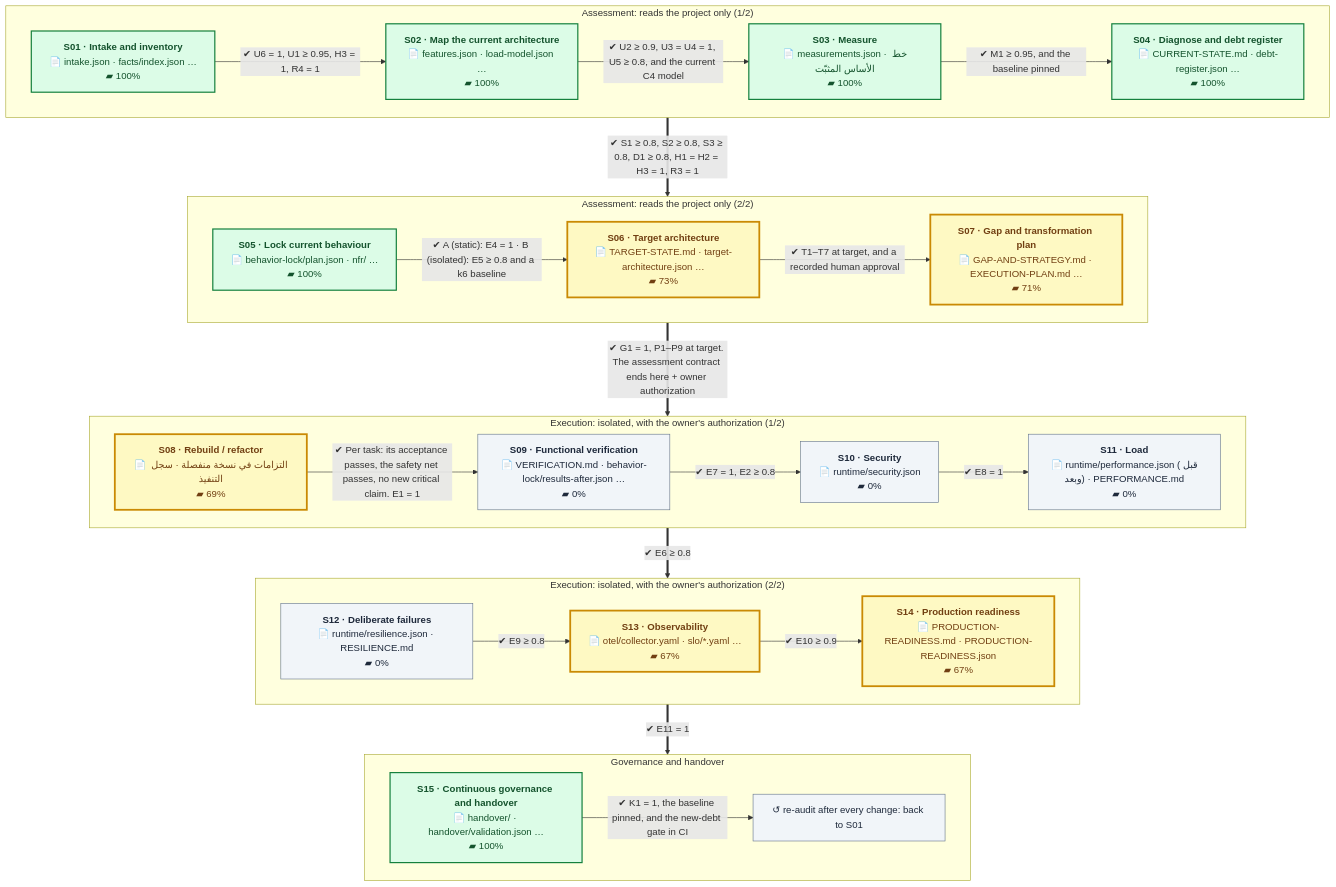
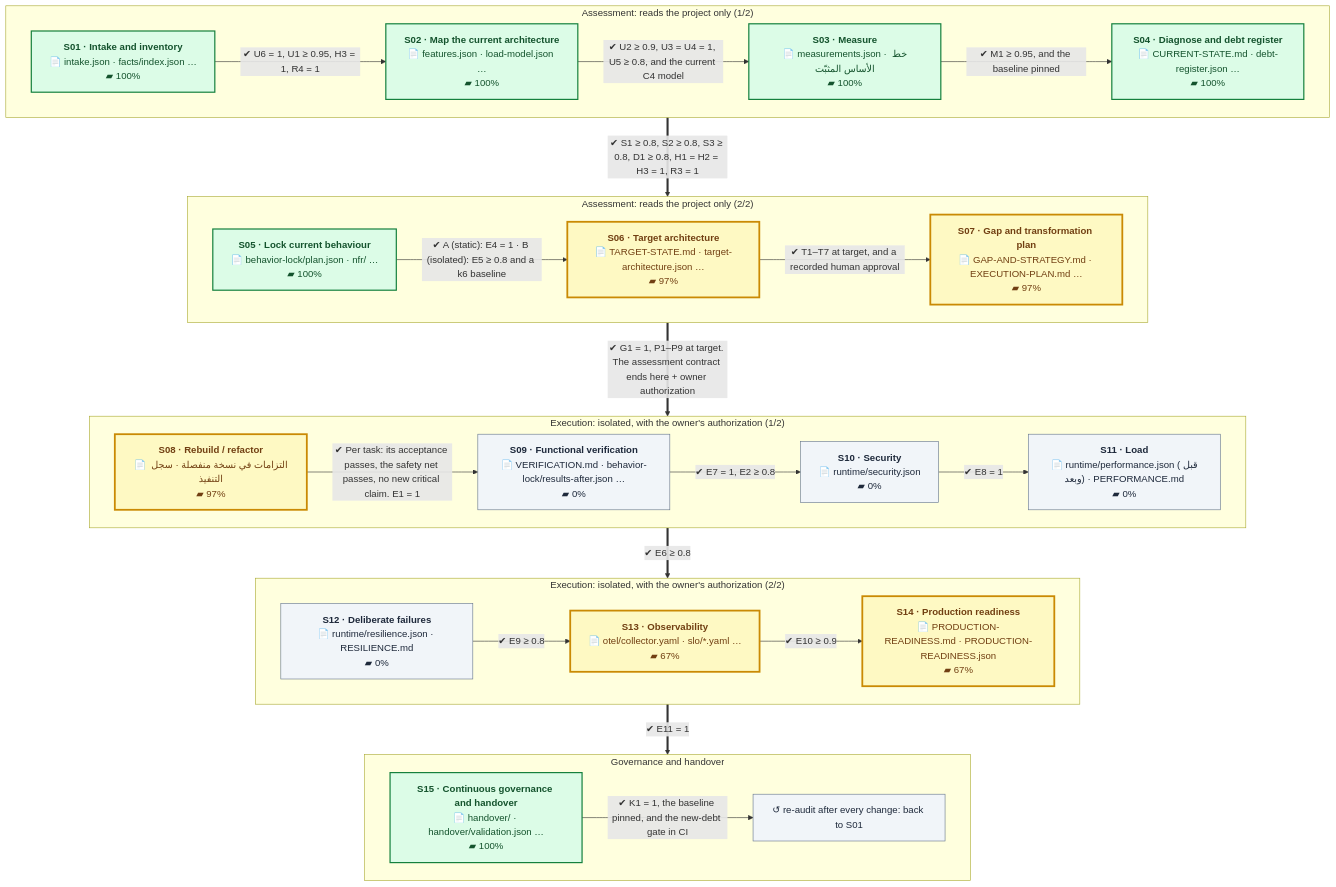
One commit to eom1417/engineering-audit-os changed the first of 2 diagrams in README.en.md. Above: the diagram before and after it, drawn with Mermaid. The commit also changed other lines of this file and 4 other files, not shown here.

````diff
--- a/README.en.md
+++ b/README.en.md
@@ -52,54 +52,54 @@
 ```mermaid
 %%{init: {'flowchart': {'wrappingWidth': 260, 'nodeSpacing': 40, 'rankSpacing': 60}}}%%
 flowchart TB
     subgraph P1["Assessment: reads the project only (1/2)"]
         direction LR
         S01["<b>S01 · Intake and inventory</b><br/>📄 intake.json · facts/index.json …<br/>▰ 100%"]:::done
         S02["<b>S02 · Map the current architecture</b><br/>📄 features.json · load-model.json …<br/>▰ 100%"]:::done
         S03["<b>S03 · Measure</b><br/>📄 measurements.json · خط الأساس المثبّت<br/>▰ 100%"]:::done
         S04["<b>S04 · Diagnose and debt register</b><br/>📄 CURRENT-STATE.md · debt-register.json …<br/>▰ 100%"]:::done
         S01 -->|"✔ U6 = 1, U1 ≥ 0.95, H3 = 1, R4 = 1"| S02
         S02 -->|"✔ U2 ≥ 0.9, U3 = U4 = 1, U5 ≥ 0.8, and the current C4 model"| S03
         S03 -->|"✔ M1 ≥ 0.95, and the baseline pinned"| S04
     end
     subgraph P2["Assessment: reads the project only (2/2)"]
         direction LR
         S05["<b>S05 · Lock current behaviour</b><br/>📄 behavior-lock/plan.json · nfr/ …<br/>▰ 100%"]:::done
-        S06["<b>S06 · Target architecture</b><br/>📄 TARGET-STATE.md · target-architecture.json …<br/>▰ 73%"]:::current
-        S07["<b>S07 · Gap and transformation plan</b><br/>📄 GAP-AND-STRATEGY.md · EXECUTION-PLAN.md …<br/>▰ 71%"]:::current
+        S06["<b>S06 · Target architecture</b><br/>📄 TARGET-STATE.md · target-architecture.json …<br/>▰ 97%"]:::current
+        S07["<b>S07 · Gap and transformation plan</b><br/>📄 GAP-AND-STRATEGY.md · EXECUTION-PLAN.md …<br/>▰ 97%"]:::current
         S05 -->|"✔ A (static): E4 = 1 · B (isolated): E5 ≥ 0.8 and a k6 baseline"| S06
         S06 -->|"✔ T1–T7 at target, and a recorded human approval"| S07
     end
     subgraph P3["Execution: isolated, with the owner's authorization (1/2)"]
         direction LR
-        S08["<b>S08 · Rebuild / refactor</b><br/>📄 التزامات في نسخة منفصلة · سجل التنفيذ<br/>▰ 69%"]:::current
+        S08["<b>S08 · Rebuild / refactor</b><br/>📄 التزامات في نسخة منفصلة · سجل التنفيذ<br/>▰ 97%"]:::current
         S09["<b>S09 · Functional verification</b><br/>📄 VERIFICATION.md · behavior-lock/results-after.json …<br/>▰ 0%"]:::next
         S10["<b>S10 · Security</b><br/>📄 runtime/security.json<br/>▰ 0%"]:::next
         S11["<b>S11 · Load</b><br/>📄 runtime/performance.json (قبل وبعد) · PERFORMANCE.md<br/>▰ 0%"]:::next
         S08 -->|"✔ Per task: its acceptance passes, the safety net passes, no new critical claim. E1 = 1"| S09
         S09 -->|"✔ E7 = 1, E2 ≥ 0.8"| S10
         S10 -->|"✔ E8 = 1"| S11
     end
     subgraph P4["Execution: isolated, with the owner's authorization (2/2)"]
         direction LR
         S12["<b>S12 · Deliberate failures</b><br/>📄 runtime/resilience.json · RESILIENCE.md<br/>▰ 0%"]:::next
         S13["<b>S13 · Observability</b><br/>📄 otel/collector.yaml · slo/*.yaml …<br/>▰ 67%"]:::current
         S14["<b>S14 · Production readiness</b><br/>📄 PRODUCTION-READINESS.md · PRODUCTION-READINESS.json<br/>▰ 67%"]:::current
         S12 -->|"✔ E9 ≥ 0.8"| S13
         S13 -->|"✔ E10 ≥ 0.9"| S14
     end
     subgraph P5["Governance and handover"]
         direction LR
         S15["<b>S15 · Continuous governance and handover</b><br/>📄 handover/ · handover/validation.json …<br/>▰ 100%"]:::done
         LOOP["↺ re-audit after every change: back to S01"]:::next
         S15 -->|"✔ K1 = 1, the baseline pinned, and the new-debt gate in CI"| LOOP
     end
     P1 ==>|"✔ S1 ≥ 0.8, S2 ≥ 0.8, S3 ≥ 0.8, D1 ≥ 0.8, H1 = H2 = H3 = 1, R3 = 1"| P2
     P2 ==>|"✔ G1 = 1, P1–P9 at target. The assessment contract ends here + owner authorization"| P3
     P3 ==>|"✔ E6 ≥ 0.8"| P4
     P4 ==>|"✔ E11 = 1"| P5
     classDef done fill:#dcfce7,stroke:#15803d,color:#14532d,stroke-width:2px
     classDef current fill:#fef9c3,stroke:#ca8a04,color:#713f12,stroke-width:3px
     classDef next fill:#f1f5f9,stroke:#64748b,color:#1e293b
     classDef owner fill:#fee2e2,stroke:#b91c1c,color:#7f1d1d,stroke-dasharray:5 3
 ```
````
